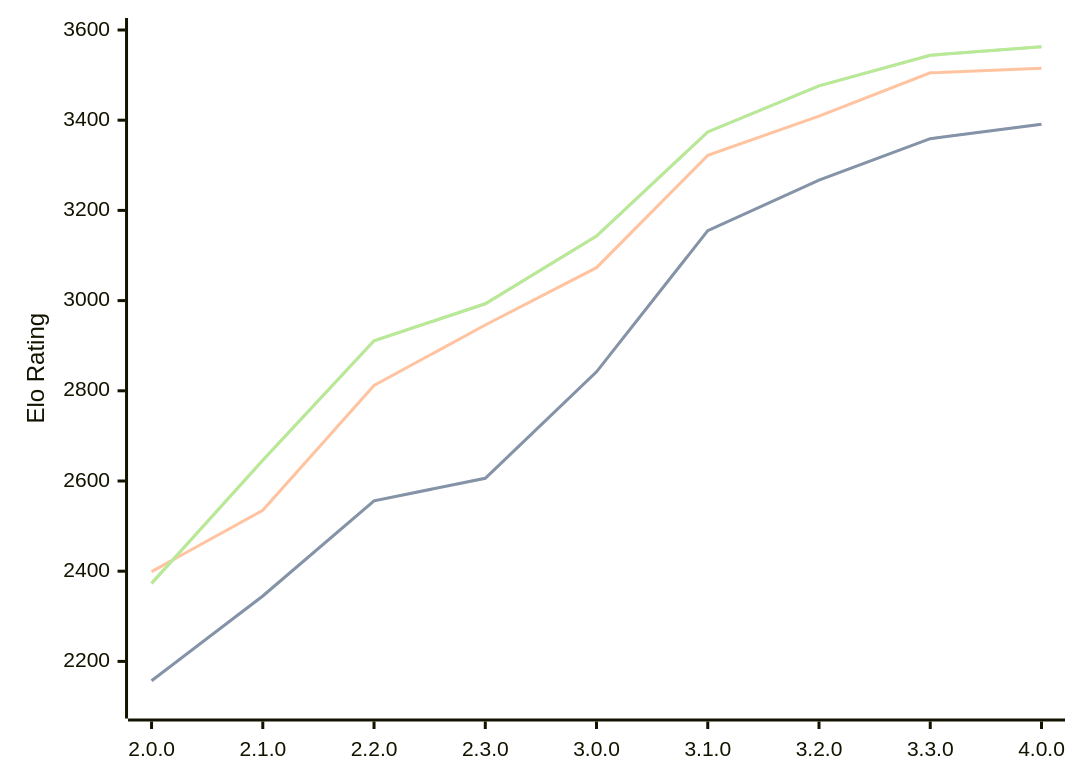
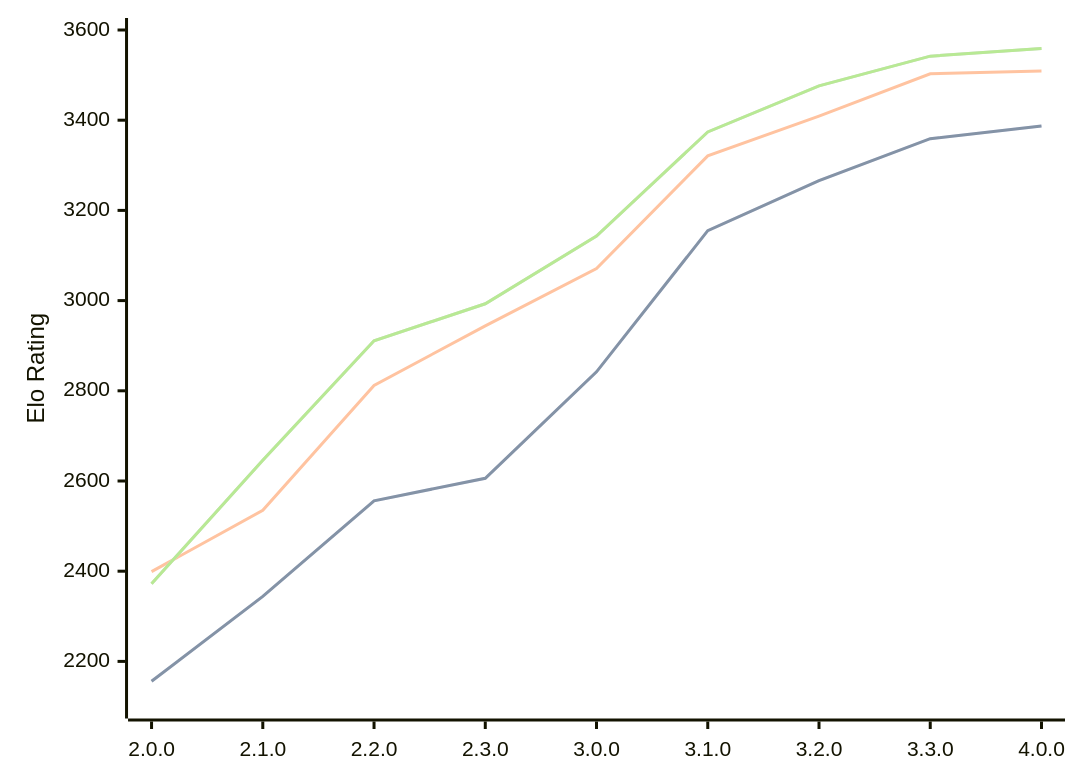
One commit to computer-chess-index/cci changed the diagram in engines/Raphael.md. Above: the diagram before and after it, drawn with Mermaid. The commit also changed other lines of this file, not shown here.

Commit message:
Update CCI Ratings (ELO VLTC) - 2026-04-28

````diff
--- a/engines/Raphael.md
+++ b/engines/Raphael.md
@@ -51,11 +51,11 @@
 ```mermaid
 %%{init: {"theme":"base","themeVariables":{"seriesColors:['#a3a3a3','#222221','#faa371']}}}%%
 xychart-beta
   x-axis ["2.0.0", "2.1.0", "2.2.0", "2.3.0", "3.0.0", "3.1.0", "3.2.0", "3.3.0", "4.0.0"]
   y-axis "Elo Rating" 2100 --> 3600
-  line "STC (8.0+0.08s)" [2157, 2345, 2556, 2606, 2842, 3155, 3267, 3359, 3391]
-  line "STC (8.0+0.08s)" [2157, 2345, 2556, 2606, 2842, 3155, 3267, 3359, 3391]
-  line "LTC (60.0+0.60s)" [2399, 2535, 2812, 2946, 3073, 3322, 3409, 3505, 3515]
-  line "VLTC (2m24s+1.12s)" [2373, 2646, 2911, 2993, 3143, 3374, 3476, 3544, 3563]
-  line "VLTC (2m24s+1.12s)" [2373, 2646, 2911, 2993, 3143, 3374, 3476, 3544, 3563]
+  line "STC (8.0+0.08s)" [2156, 2344, 2556, 2606, 2842, 3155, 3266, 3359, 3387]
+  line "STC (8.0+0.08s)" [2156, 2344, 2556, 2606, 2842, 3155, 3266, 3359, 3387]
+  line "LTC (60.0+0.60s)" [2399, 2535, 2812, 2944, 3071, 3321, 3409, 3503, 3509]
+  line "VLTC (2m24s+1.12s)" [2372, 2646, 2911, 2993, 3143, 3374, 3476, 3542, 3559]
+  line "VLTC (2m24s+1.12s)" [2372, 2646, 2911, 2993, 3143, 3374, 3476, 3542, 3559]
 ```
````
